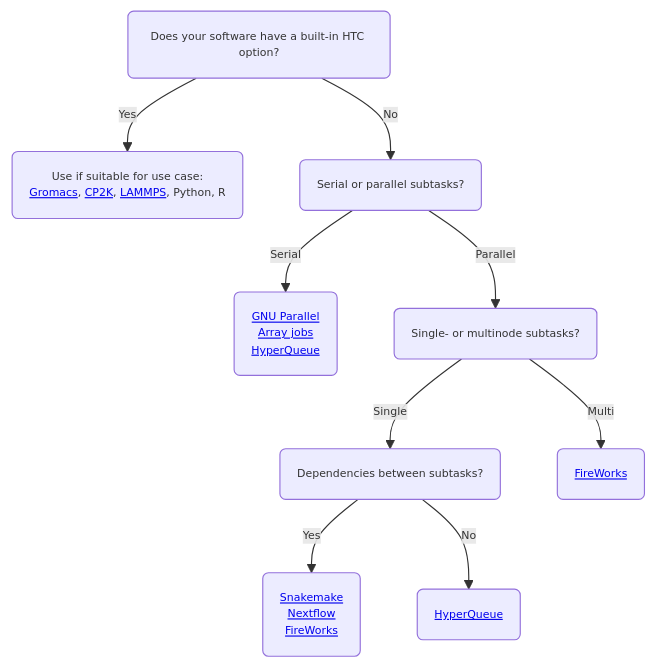
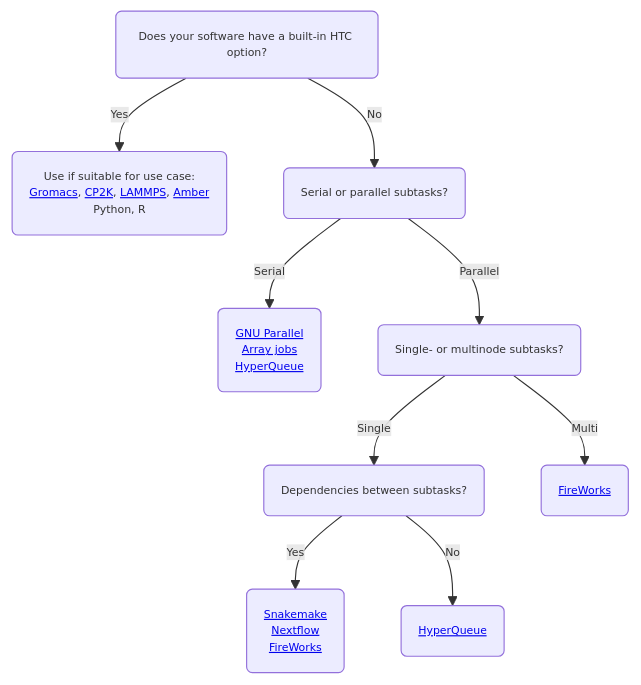
The first of 2 diagrams in docs/computing/running/throughput.md (CSCfi/csc-user-guide), drawn with Mermaid before and after one commit. The commit also changed other lines of this file, not shown here.

Commit message:
add throughput

````diff
--- a/docs/computing/running/throughput.md
+++ b/docs/computing/running/throughput.md
@@ -53,12 +53,12 @@
 ```mermaid
 %%{init: {'theme': 'default', 'themeVariables': { 'fontSize': '0.6rem'}}}%%
 graph TD
-    C(Does your software have a built-in HTC option?) -->|Yes| D("Use if suitable for use case:<br><a href='/apps/gromacs/#high-throughput-computing-with-gromacs'>Gromacs</a>, <a href='/apps/cp2k/#high-throughput-computing-with-cp2k'>CP2K</a>, <a href='/apps/lammps/#high-throughput-computing-with-lammps'>LAMMPS</a>, Python, R ")
+    C(Does your software have a built-in HTC option?) -->|Yes| D("Use if suitable for use case:<br><a href='/apps/gromacs/#high-throughput-computing-with-gromacs'>Gromacs</a>, <a href='/apps/cp2k/#high-throughput-computing-with-cp2k'>CP2K</a>, <a href='/apps/lammps/#high-throughput-computing-with-lammps'>LAMMPS</a>, <a href='/apps/amber/#high-throughput-computing-with-amber'>Amber</a><br> Python, R ")
     C -->|No| E(Serial or parallel subtasks?)
     E -->|Serial| F(<a href='/support/tutorials/many/'>GNU Parallel</a><br><a href='/computing/running/array-jobs/'>Array jobs</a><br><a href='/apps/hyperqueue/'>HyperQueue</a>)
     E -->|Parallel| G(Single- or multinode subtasks?)
     G -->|Single| H(Dependencies between subtasks?)
     G -->|Multi| I(<a href='/computing/running/fireworks/'>FireWorks</a>)
     H -->|Yes| J(<a href='https://snakemake.readthedocs.io/en/stable/'>Snakemake</a><br><a href='/support/tutorials/nextflow-puhti/'>Nextflow</a><br><a href='/computing/running/fireworks/'>FireWorks</a>)
     H -->|No| K(<a href='/apps/hyperqueue/'>HyperQueue</a>)
 ```
````
